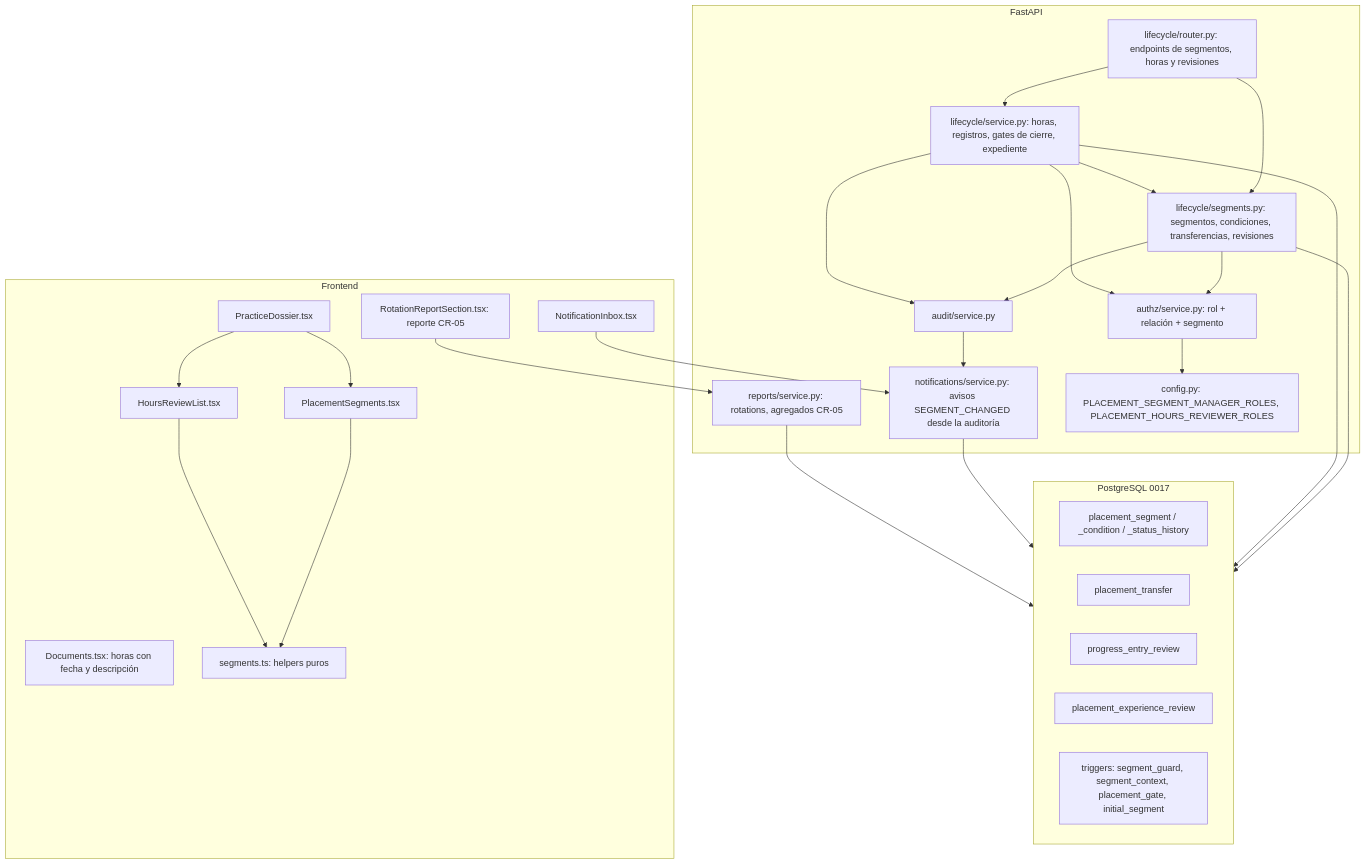
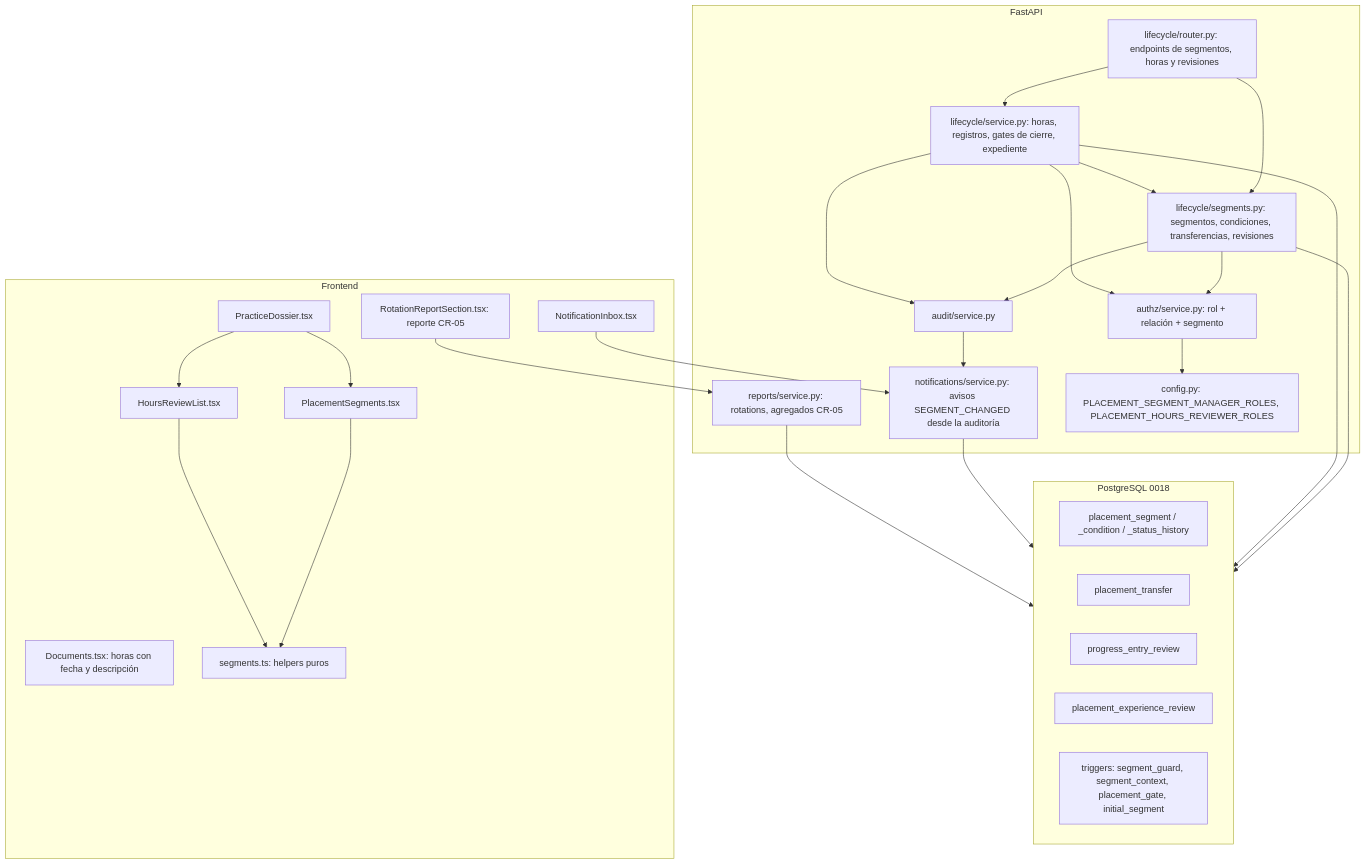
Before and after one commit to maxtrosy/internship-lifecycle-platform: the third of 3 diagrams in evaluacion-4/docs/arquitectura-y-adrs/arquitectura-final.md, drawn with Mermaid. The commit also changed other lines of this file and 33 other files, not shown here.

````diff
--- a/evaluacion-4/docs/arquitectura-y-adrs/arquitectura-final.md
+++ b/evaluacion-4/docs/arquitectura-y-adrs/arquitectura-final.md
@@ -32,44 +32,44 @@
 ```mermaid
 flowchart TB
   subgraph API[FastAPI]
     R[lifecycle/router.py: endpoints de segmentos, horas y revisiones]
     SV[lifecycle/service.py: horas, registros, gates de cierre, expediente]
     SG[lifecycle/segments.py: segmentos, condiciones, transferencias, revisiones]
     AZ[authz/service.py: rol + relación + segmento]
     AU[audit/service.py]
     NO[notifications/service.py: avisos SEGMENT_CHANGED desde la auditoría]
     RP[reports/service.py: rotations, agregados CR-05]
     CF[config.py: PLACEMENT_SEGMENT_MANAGER_ROLES, PLACEMENT_HOURS_REVIEWER_ROLES]
   end
-  subgraph DB[PostgreSQL 0017]
+  subgraph DB[PostgreSQL 0018]
     T1[placement_segment / _condition / _status_history]
     T2[placement_transfer]
     T3[progress_entry_review]
     T4[placement_experience_review]
     TG[triggers: segment_guard, segment_context, placement_gate, initial_segment]
   end
   subgraph UI[Frontend]
     PD[PracticeDossier.tsx]
     PS[PlacementSegments.tsx]
     HR[HoursReviewList.tsx]
     DOC[Documents.tsx: horas con fecha y descripción]
     HL[segments.ts: helpers puros]
     RR[RotationReportSection.tsx: reporte CR-05]
     NI[NotificationInbox.tsx]
   end
   R --> SV & SG
   SV --> SG
   SG --> AZ & AU
   SV --> AZ & AU
   AZ --> CF
   SG --> DB
   SV --> DB
   NO --> DB
   AU --> NO
   RP --> DB
   RR --> RP
   NI --> NO
   PD --> PS & HR
   PS --> HL
   HR --> HL
 ```
````
